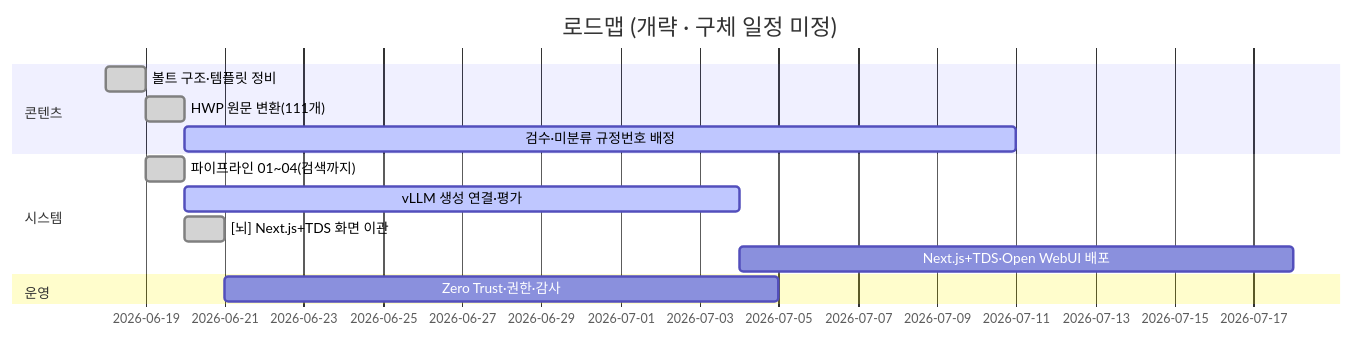
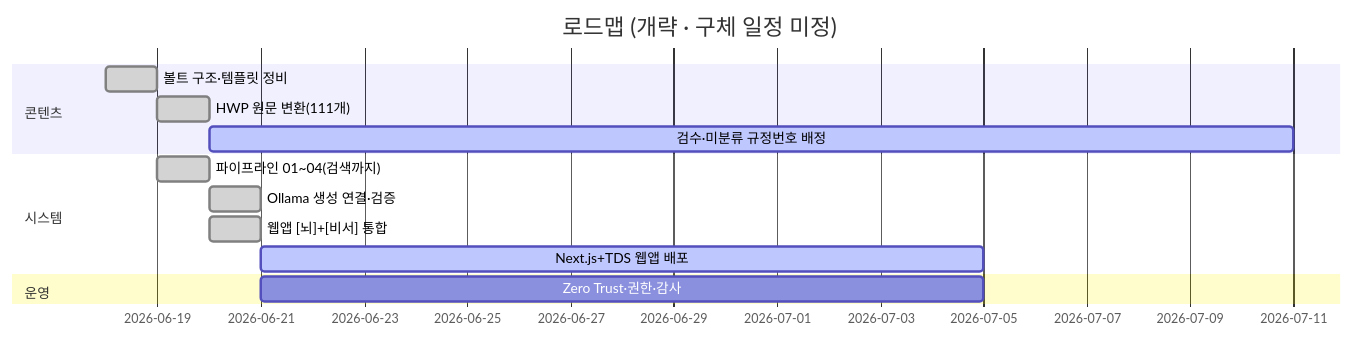
One commit to mooner92/KEIAdminSuperv changed the third of 3 diagrams in README.md. Above: the diagram before and after it, drawn with Mermaid. The commit also changed other lines of this file and 4 other files, not shown here.

First line of the commit message:
docs: vLLM→Ollama 현실 반영 + 비서 통합·필터·드로어·PM2 배포 정합화

````diff
--- a/README.md
+++ b/README.md
@@ -265,16 +285,16 @@
 ```mermaid
 gantt
     title 로드맵 (개략 · 구체 일정 미정)
     dateFormat YYYY-MM-DD
     section 콘텐츠
     볼트 구조·템플릿 정비        :done, a1, 2026-06-18, 1d
     HWP 원문 변환(111개)         :done, a2, after a1, 1d
     검수·미분류 규정번호 배정    :active, a3, after a2, 21d
     section 시스템
     파이프라인 01~04(검색까지)   :done, b1, after a1, 1d
-    vLLM 생성 연결·평가          :active, b2, after b1, 14d
-    [뇌] Next.js+TDS 화면 이관    :done, b3, after b1, 1d
-    Next.js+TDS·Open WebUI 배포   :         b4, after b2, 14d
+    Ollama 생성 연결·검증        :done, b2, after b1, 1d
+    웹앱 [뇌]+[비서] 통합         :done, b3, after b1, 1d
+    Next.js+TDS 웹앱 배포         :active, b4, after b2, 14d
     section 운영
     Zero Trust·권한·감사         :         c1, after b3, 14d
 ```
````
